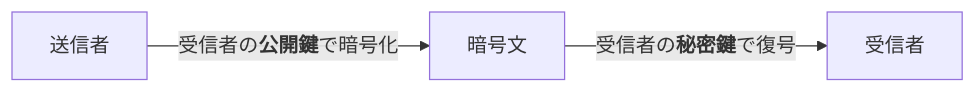
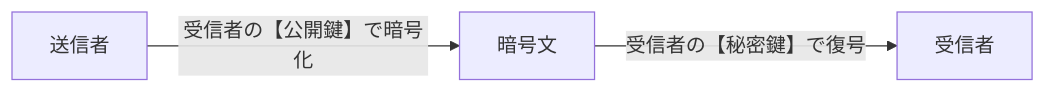
One commit to yoppi0650-ai/network-notes changed the first of 6 diagrams in AM/11-security/11-1-情報セキュリティ.md. Above: the diagram before and after it, drawn with Mermaid. The commit also changed other lines of this file and 6 other files, not shown here.

First line of the commit message:
Mermaid図55点をGitHubで正しく描画されるよう修正

````diff
--- a/AM/11-security/11-1-情報セキュリティ.md
+++ b/AM/11-security/11-1-情報セキュリティ.md
@@ -65,5 +65,5 @@
 ```mermaid
 graph LR
-  A["送信者"] -->|"受信者の<b>公開鍵</b>で暗号化"| C["暗号文"]
-  C -->|"受信者の<b>秘密鍵</b>で復号"| B["受信者"]
+  A["送信者"] -->|受信者の【公開鍵】で暗号化| C["暗号文"]
+  C -->|受信者の【秘密鍵】で復号| B["受信者"]
 ```
````
